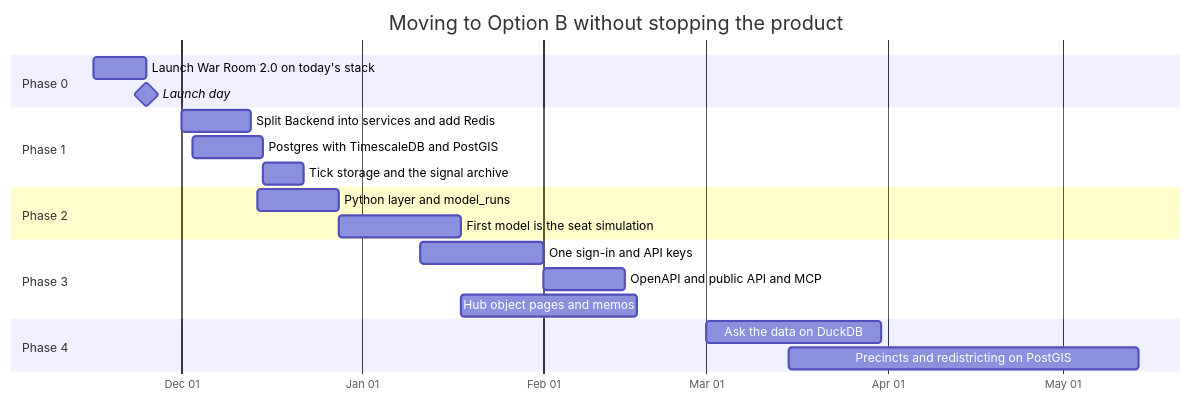
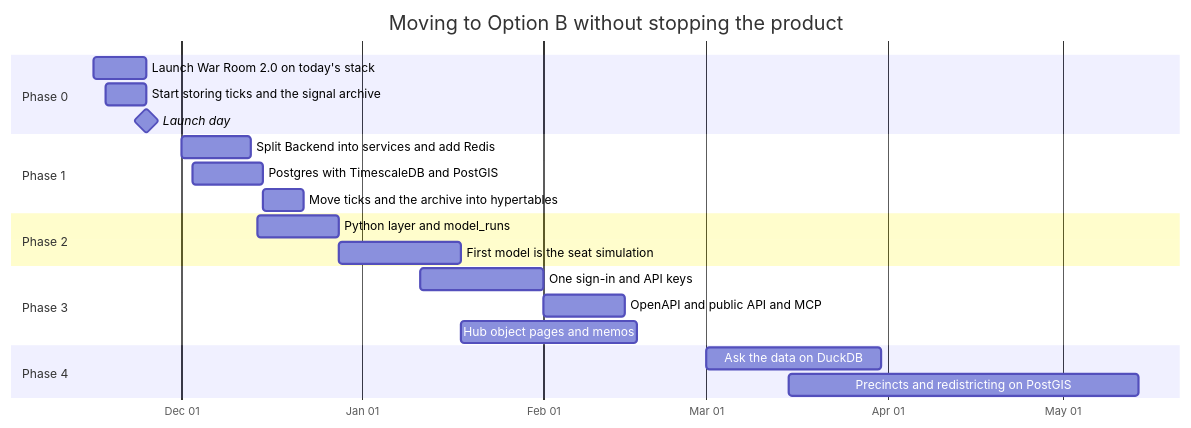
Diagram 18 of 18 in docs/plans/mycroft-tech-stack-options.md (mihir-patel-05/Mycroft_elections_analysis), drawn with Mermaid before and after one commit. The commit also changed other lines of this file, not shown here.

First line of the commit message:
Tech stack review: start tick storage in launch week, as PLAN.md now says

````diff
--- a/docs/plans/mycroft-tech-stack-options.md
+++ b/docs/plans/mycroft-tech-stack-options.md
@@ -922,23 +922,24 @@
 ```mermaid
 gantt
     title Moving to Option B without stopping the product
     dateFormat YYYY-MM-DD
     axisFormat %b %d
     section Phase 0
     Launch War Room 2.0 on today's stack :p0, 2026-11-16, 2026-11-25
+    Start storing ticks and the signal archive :p0b, 2026-11-18, 2026-11-25
     Launch day :milestone, m0, 2026-11-25, 0d
     section Phase 1
     Split Backend into services and add Redis :p1a, 2026-12-01, 12d
     Postgres with TimescaleDB and PostGIS :p1b, 2026-12-03, 12d
-    Tick storage and the signal archive :p1c, after p1b, 7d
+    Move ticks and the archive into hypertables :p1c, after p1b, 7d
     section Phase 2
     Python layer and model_runs :p2a, 2026-12-14, 14d
     First model is the seat simulation :p2b, after p2a, 21d
     section Phase 3
     One sign-in and API keys :p3a, 2027-01-11, 21d
     OpenAPI and public API and MCP :p3b, after p3a, 14d
     Hub object pages and memos :p3c, 2027-01-18, 30d
     section Phase 4
     Ask the data on DuckDB :p4a, 2027-03-01, 30d
     Precincts and redistricting on PostGIS :p4b, 2027-03-15, 60d
 ```
````
